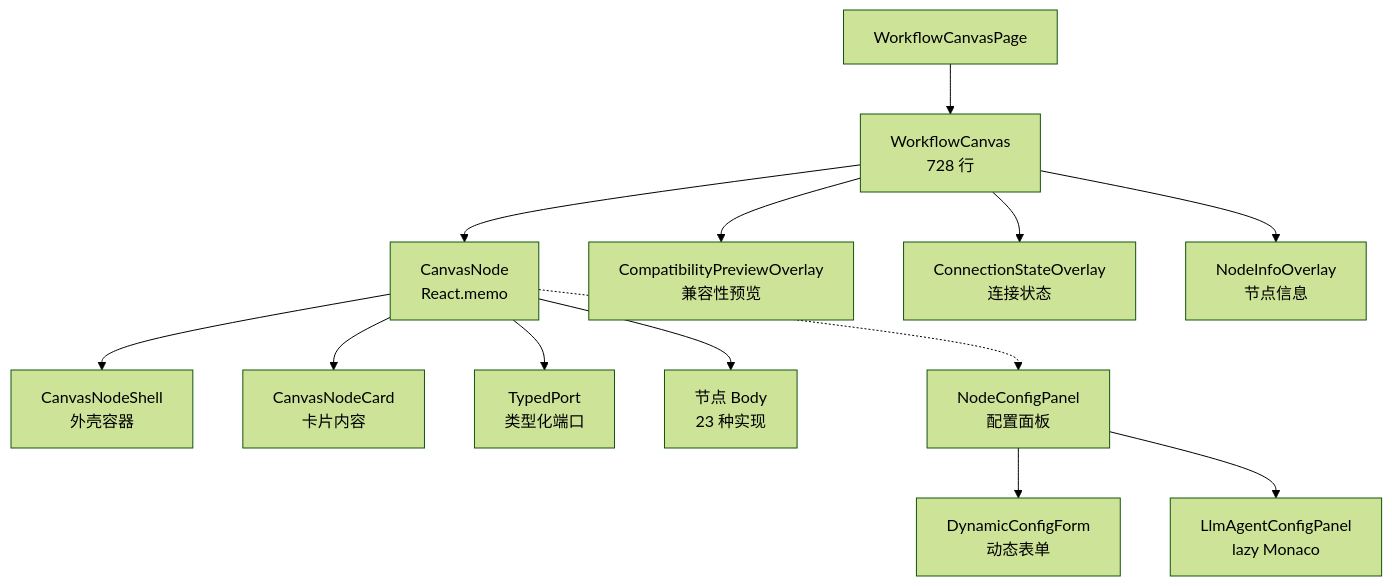
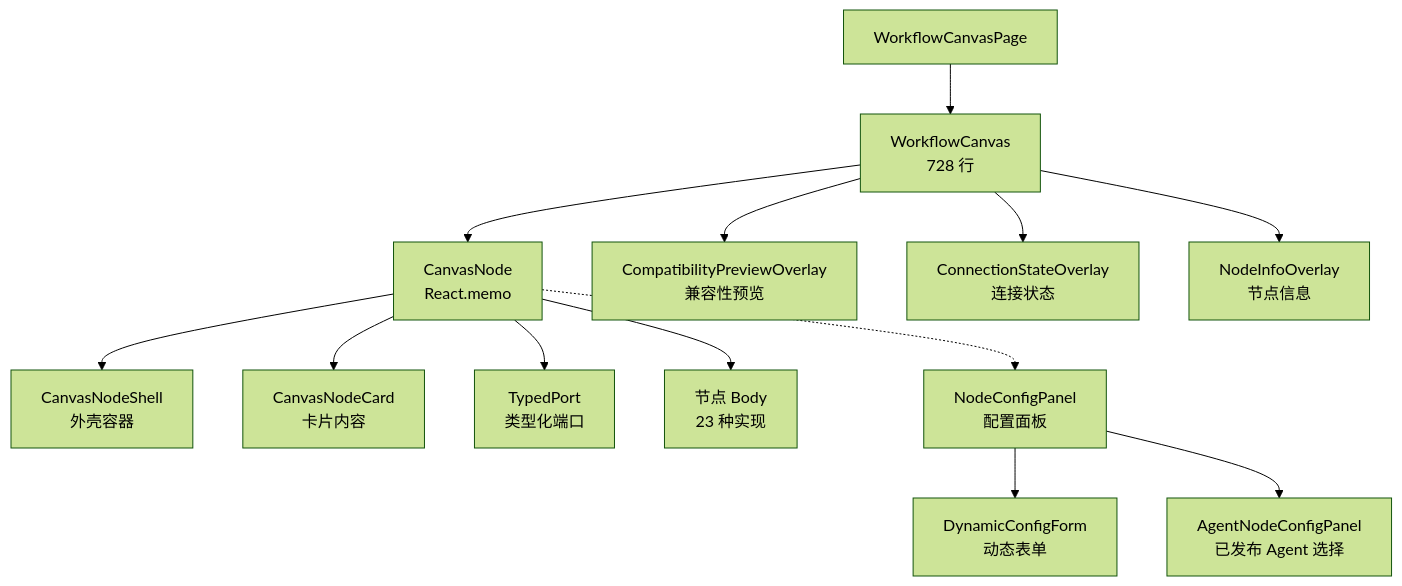
Before and after one commit to Lynricsy/AgentLoom: the second of 2 diagrams in agentloom-docs/zh/studio/canvas.md, drawn with Mermaid (forest theme). The commit also changed other lines of this file and 31 other files, not shown here.

````diff
--- a/agentloom-docs/zh/studio/canvas.md
+++ b/agentloom-docs/zh/studio/canvas.md
@@ -135,21 +135,21 @@
 ```mermaid
 graph TB
     WCP[WorkflowCanvasPage]
     WC[WorkflowCanvas<br/>728 行]
     CN[CanvasNode<br/>React.memo]
 
     WCP --> WC
     WC --> CN
     CN --> Shell[CanvasNodeShell<br/>外壳容器]
     CN --> Card[CanvasNodeCard<br/>卡片内容]
     CN --> Port[TypedPort<br/>类型化端口]
     CN --> Body[节点 Body<br/>23 种实现]
 
     WC --> Overlay1[CompatibilityPreviewOverlay<br/>兼容性预览]
     WC --> Overlay2[ConnectionStateOverlay<br/>连接状态]
     WC --> Overlay3[NodeInfoOverlay<br/>节点信息]
 
     CN -.-> Panel[NodeConfigPanel<br/>配置面板]
     Panel --> DynForm[DynamicConfigForm<br/>动态表单]
-    Panel --> LlmPanel[LlmAgentConfigPanel<br/>lazy Monaco]
+    Panel --> AgentPanel[AgentNodeConfigPanel<br/>已发布 Agent 选择]
 ```
````
